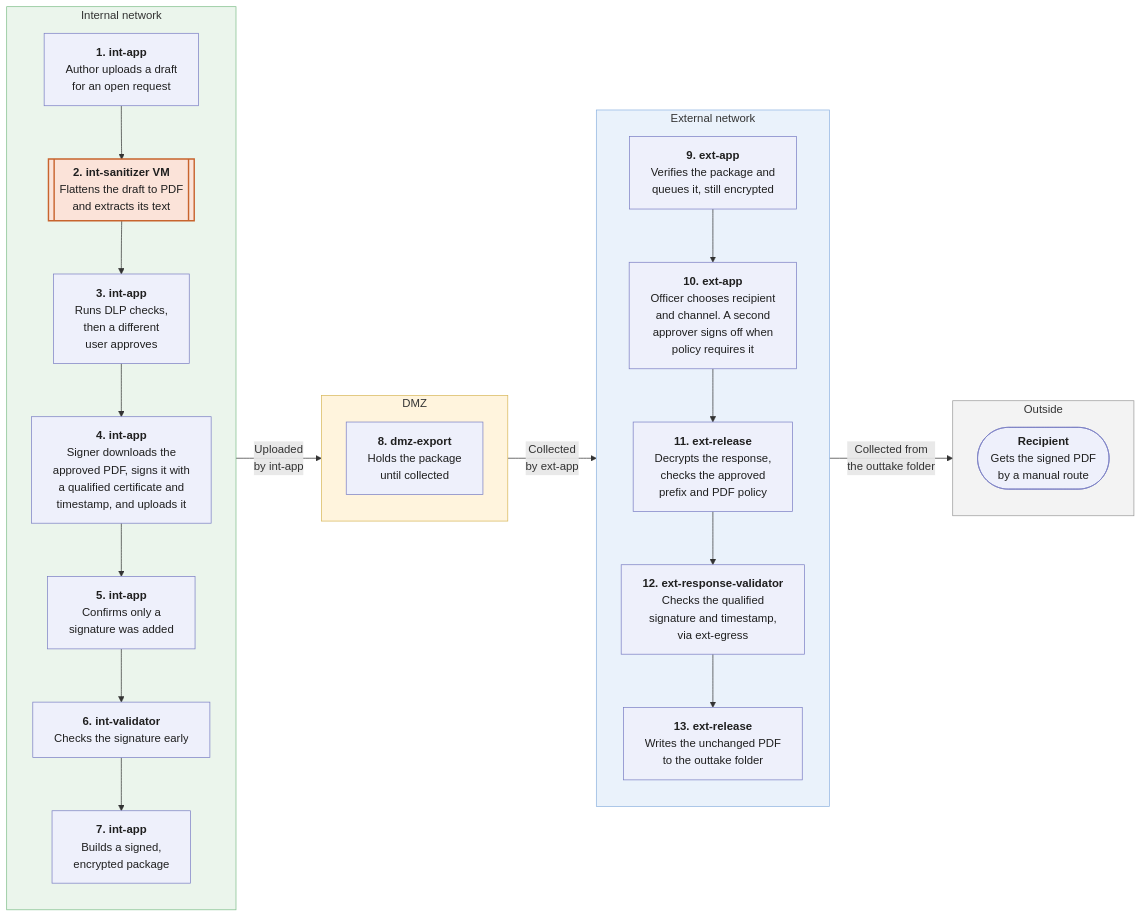
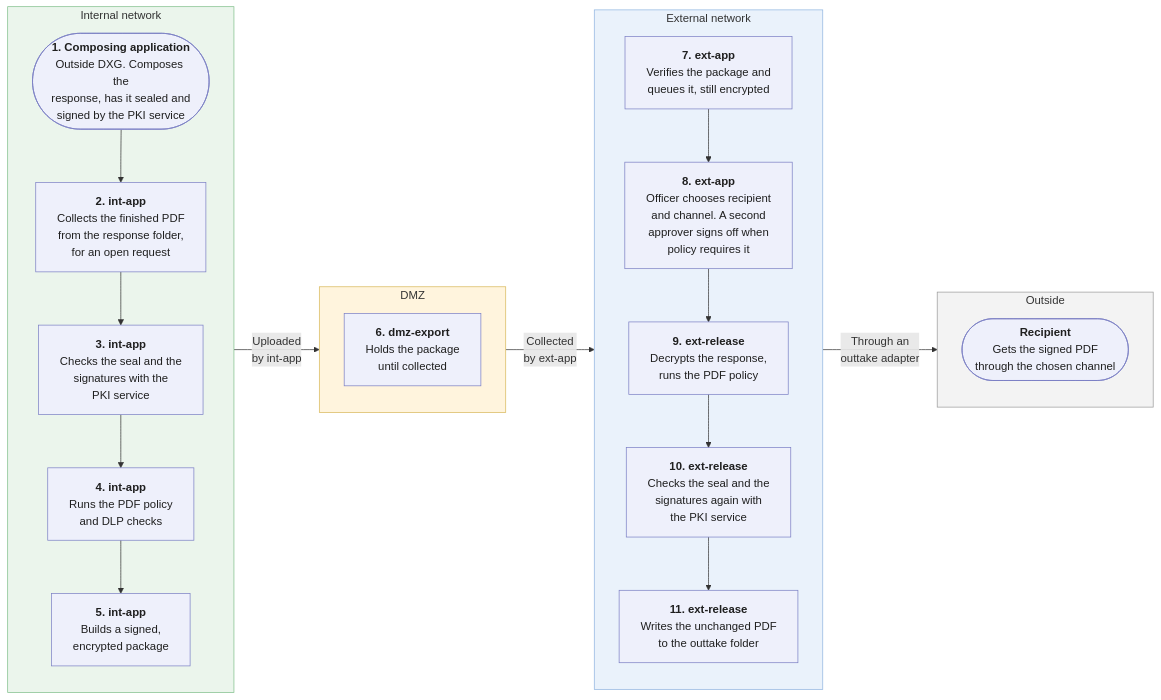
The fifth of 8 diagrams in document-exchange-mvp-technical-documentation.md (tgivslife/dxg-document-gateway), drawn with Mermaid before and after one commit. The commit also changed other lines of this file and 5 other files, not shown here.

````diff
--- a/document-exchange-mvp-technical-documentation.md
+++ b/document-exchange-mvp-technical-documentation.md
@@ -395,53 +401,48 @@
 ```mermaid
 flowchart LR
-    accDescr: Numbered document flow for a response going out, from the author to the recipient
+    accDescr: Numbered document flow for a response going out, from the composing application to the recipient
     %% Arrows show the order of work, not network connections.
     %% ext-app, int-app and int-verifier make every call. The DMZ never connects to either network.
-    %% Double side borders: VM.
     %% Arrows link the zones, not the steps, so that each zone keeps its own top-down layout.
 
     subgraph INT["Internal network"]
         direction TB
-        R1["<b>1. int-app</b><br/>Author uploads a draft<br/>for an open request"]
-        R2[["<b>2. int-sanitizer VM</b><br/>Flattens the draft to PDF<br/>and extracts its text"]]
-        R3["<b>3. int-app</b><br/>Runs DLP checks,<br/>then a different<br/>user approves"]
-        R4["<b>4. int-app</b><br/>Signer downloads the<br/>approved PDF, signs it with<br/>a qualified certificate and<br/>timestamp, and uploads it"]
-        R5["<b>5. int-app</b><br/>Confirms only a<br/>signature was added"]
-        R6["<b>6. int-validator</b><br/>Checks the signature early"]
-        R7["<b>7. int-app</b><br/>Builds a signed,<br/>encrypted package"]
-        R1 --> R2 --> R3 --> R4 --> R5 --> R6 --> R7
+        R1(["<b>1. Composing application</b><br/>Outside DXG. Composes the<br/>response, has it sealed and<br/>signed by the PKI service"])
+        R2["<b>2. int-app</b><br/>Collects the finished PDF<br/>from the response folder,<br/>for an open request"]
+        R3["<b>3. int-app</b><br/>Checks the seal and the<br/>signatures with the<br/>PKI service"]
+        R4["<b>4. int-app</b><br/>Runs the PDF policy<br/>and DLP checks"]
+        R5["<b>5. int-app</b><br/>Builds a signed,<br/>encrypted package"]
+        R1 --> R2 --> R3 --> R4 --> R5
     end
 
     subgraph DMZ["DMZ"]
         direction TB
-        R8["<b>8. dmz-export</b><br/>Holds the package<br/>until collected"]
+        R6["<b>6. dmz-export</b><br/>Holds the package<br/>until collected"]
     end
 
     subgraph EXT["External network"]
         direction TB
-        R9["<b>9. ext-app</b><br/>Verifies the package and<br/>queues it, still encrypted"]
-        R10["<b>10. ext-app</b><br/>Officer chooses recipient<br/>and channel. A second<br/>approver signs off when<br/>policy requires it"]
-        R11["<b>11. ext-release</b><br/>Decrypts the response,<br/>checks the approved<br/>prefix and PDF policy"]
-        R12["<b>12. ext-response-validator</b><br/>Checks the qualified<br/>signature and timestamp,<br/>via ext-egress"]
-        R13["<b>13. ext-release</b><br/>Writes the unchanged PDF<br/>to the outtake folder"]
-        R9 --> R10 --> R11 --> R12 --> R13
+        R7["<b>7. ext-app</b><br/>Verifies the package and<br/>queues it, still encrypted"]
+        R8["<b>8. ext-app</b><br/>Officer chooses recipient<br/>and channel. A second<br/>approver signs off when<br/>policy requires it"]
+        R9["<b>9. ext-release</b><br/>Decrypts the response,<br/>runs the PDF policy"]
+        R10["<b>10. ext-release</b><br/>Checks the seal and the<br/>signatures again with<br/>the PKI service"]
+        R11["<b>11. ext-release</b><br/>Writes the unchanged PDF<br/>to the outtake folder"]
+        R7 --> R8 --> R9 --> R10 --> R11
     end
 
     subgraph OUT["Outside"]
         direction TB
-        REC(["<b>Recipient</b><br/>Gets the signed PDF<br/>by a manual route"])
+        REC(["<b>Recipient</b><br/>Gets the signed PDF<br/>through the chosen channel"])
     end
 
     INT -->|"Uploaded<br/>by int-app"| DMZ
     DMZ -->|"Collected<br/>by ext-app"| EXT
-    EXT -->|"Collected from<br/>the outtake folder"| OUT
+    EXT -->|"Through an<br/>outtake adapter"| OUT
 
     classDef step fill:#eef0fb,stroke:#7b7fc4,color:#1f1f1f
-    classDef vm fill:#fbe3d9,stroke:#c8642e,stroke-width:2px,color:#1f1f1f
-    class R1,R3,R4,R5,R6,R7,R8,R9,R10,R11,R12,R13,REC step
-    class R2 vm
+    class R1,R2,R3,R4,R5,R6,R7,R8,R9,R10,R11,REC step
     style OUT fill:#f3f3f3,stroke:#9a9a9a
     style EXT fill:#eaf2fb,stroke:#8fb4e0
     style DMZ fill:#fff4dd,stroke:#d8b85a
     style INT fill:#ebf5ec,stroke:#7fbf8a
 ```
````
